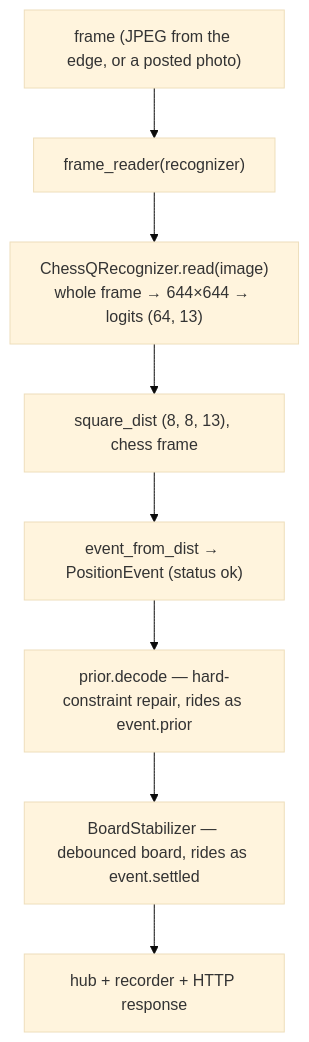
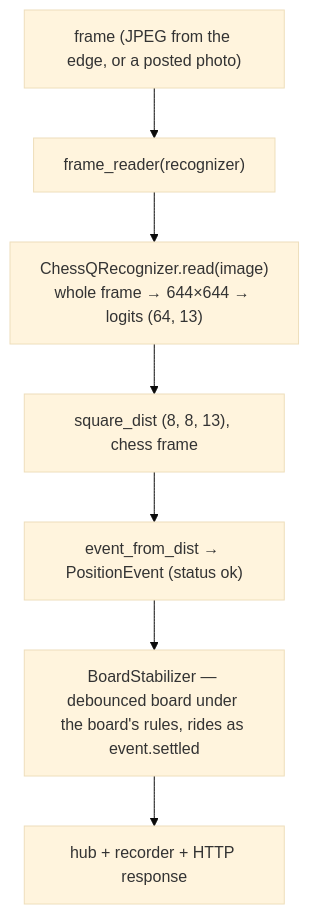
Before and after one commit to membranepotential/board-reader: the diagram in docs/recognition-pipeline.md, drawn with Mermaid (base theme). The commit also changed other lines of this file and 17 other files, not shown here.

````diff
--- a/docs/recognition-pipeline.md
+++ b/docs/recognition-pipeline.md
@@ -16,10 +16,9 @@
 ```mermaid
 flowchart TD
   frame["frame (JPEG from the edge, or a posted photo)"] --> read["frame_reader(recognizer)"]
   read --> cq["ChessQRecognizer.read(image)<br/>whole frame → 644×644 → logits (64, 13)"]
   cq --> dist["square_dist (8, 8, 13), chess frame"]
   dist --> event["event_from_dist → PositionEvent (status ok)"]
-  event --> prior["prior.decode — hard-constraint repair, rides as event.prior"]
-  prior --> settle["BoardStabilizer — debounced board, rides as event.settled"]
+  event --> settle["BoardStabilizer — debounced board under the board's rules, rides as event.settled"]
   settle --> out[hub + recorder + HTTP response]
 ```
````
